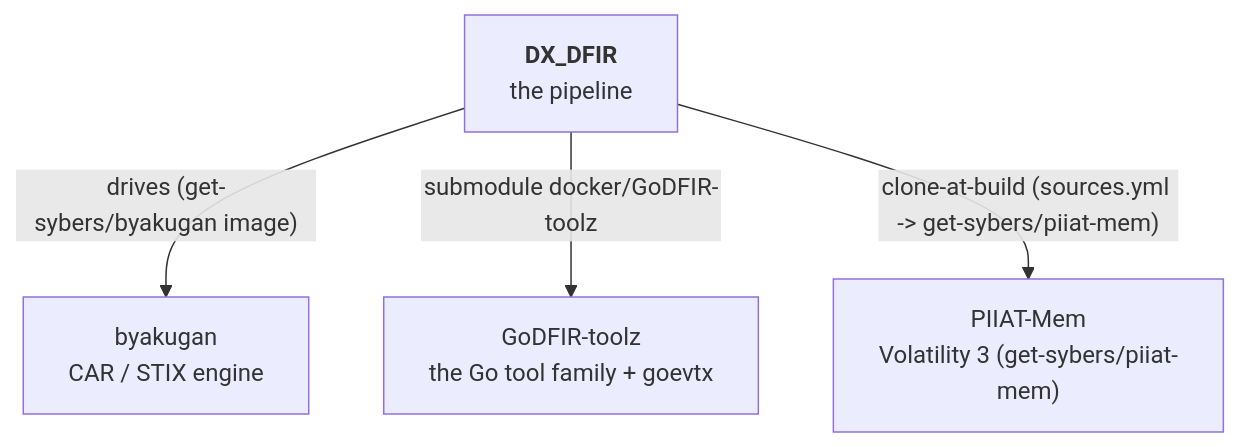
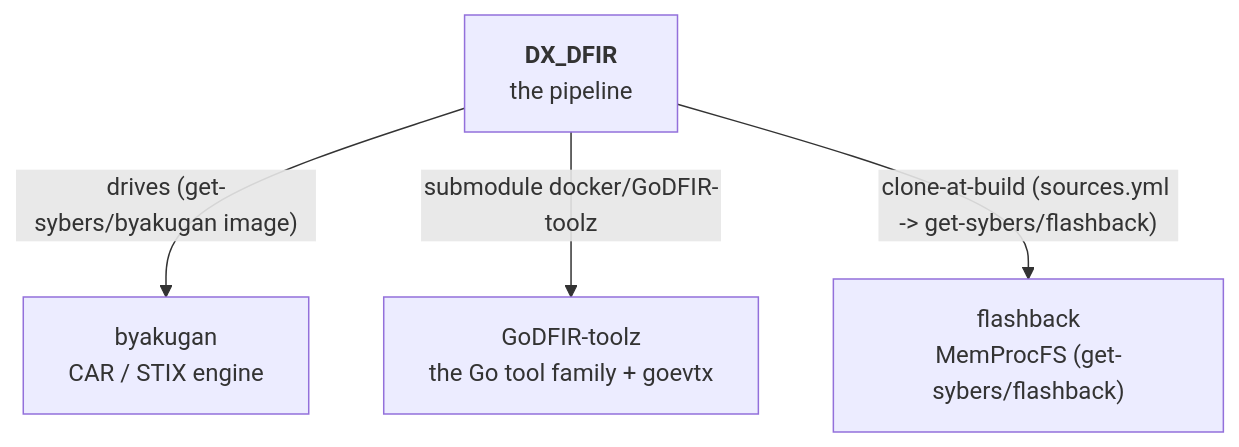
The diagram in docs/reference/repository-map.md (Get-Sybers/DX_DFIR), drawn with Mermaid before and after one commit. The commit also changed other lines of this file and 34 other files, not shown here.

````diff
--- a/docs/reference/repository-map.md
+++ b/docs/reference/repository-map.md
@@ -8,10 +8,10 @@
 ```mermaid
 flowchart TD
     DX["<b>DX_DFIR</b><br/>the pipeline"]
     BYA["byakugan<br/>CAR / STIX engine"]
     TOOLZ["GoDFIR-toolz<br/>the Go tool family + goevtx"]
-    MEM["PIIAT-Mem<br/>Volatility 3 (get-sybers/piiat-mem)"]
+    MEM["flashback<br/>MemProcFS (get-sybers/flashback)"]
     DX -->|"drives (get-sybers/byakugan image)"| BYA
     DX -->|"submodule docker/GoDFIR-toolz"| TOOLZ
-    DX -->|"clone-at-build (sources.yml -> get-sybers/piiat-mem)"| MEM
+    DX -->|"clone-at-build (sources.yml -> get-sybers/flashback)"| MEM
 ```
````
